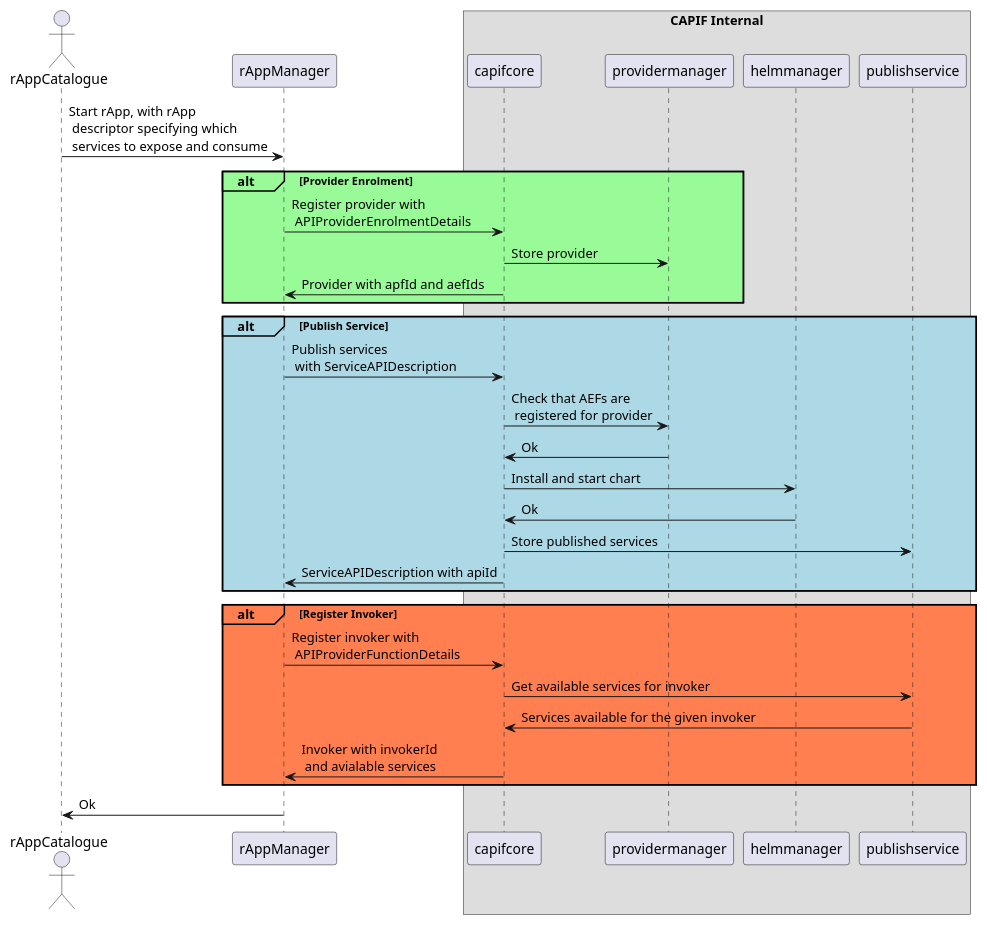
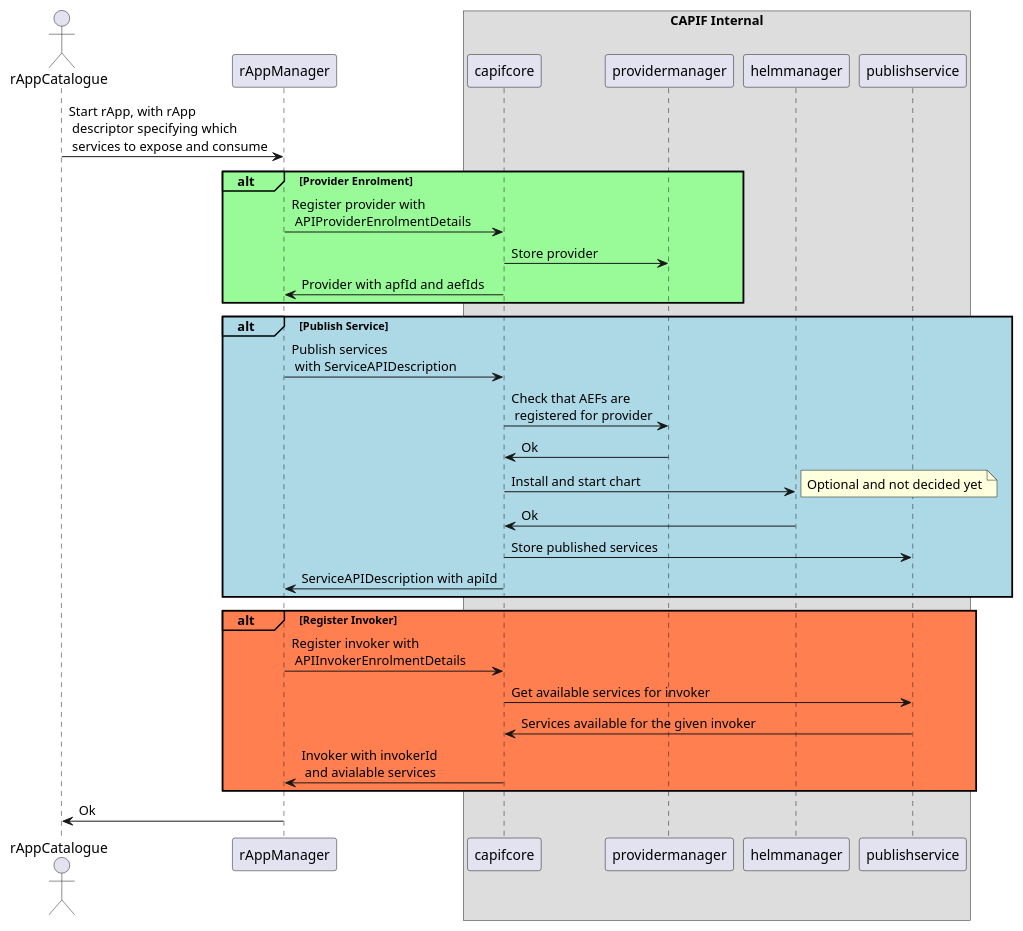
One commit to o-ran-sc/nonrtric-plt-sme changed the diagram in capifcore/docs/diagrams/registerpoviderandpublishservice.plantuml. Above: the diagram before and after it, drawn with PlantUML. The commit also changed 3 other files, not shown here.

```diff
--- a/capifcore/docs/diagrams/registerpoviderandpublishservice.plantuml
+++ b/capifcore/docs/diagrams/registerpoviderandpublishservice.plantuml
@@ -1,34 +1,35 @@
 @startuml Register Provider
 actor rAppCatalogue
 participant rAppManager
 box "CAPIF Internal"
 participant capifcore
 participant providermanager
 participant helmmanager
 participant publishservice
 end box
 
 rAppCatalogue->rAppManager: Start rApp, with rApp\n descriptor specifying which\n services to expose and consume
 alt#paleGreen #paleGreen Provider Enrolment
     rAppManager->capifcore: Register provider with\n APIProviderEnrolmentDetails
     capifcore->providermanager:Store provider
     capifcore->rAppManager: Provider with apfId and aefIds
 end
 alt#LightBlue #LightBlue Publish Service
     rAppManager->capifcore: Publish services\n with ServiceAPIDescription
     capifcore->providermanager: Check that AEFs are\n registered for provider
     providermanager->capifcore: Ok
     capifcore->helmmanager: Install and start chart
+    note right: Optional and not decided yet
     helmmanager->capifcore: Ok
     capifcore->publishservice: Store published services
     capifcore->rAppManager: ServiceAPIDescription with apiId
 end
 alt#coral #coral Register Invoker
-    rAppManager->capifcore: Register invoker with\n APIProviderFunctionDetails
+    rAppManager->capifcore: Register invoker with\n APIInvokerEnrolmentDetails
     capifcore->publishservice:Get available services for invoker
     publishservice->capifcore: Services available for the given invoker
     capifcore->rAppManager: Invoker with invokerId\n and avialable services
 end
 rAppManager->rAppCatalogue: Ok
 
 @enduml
```
